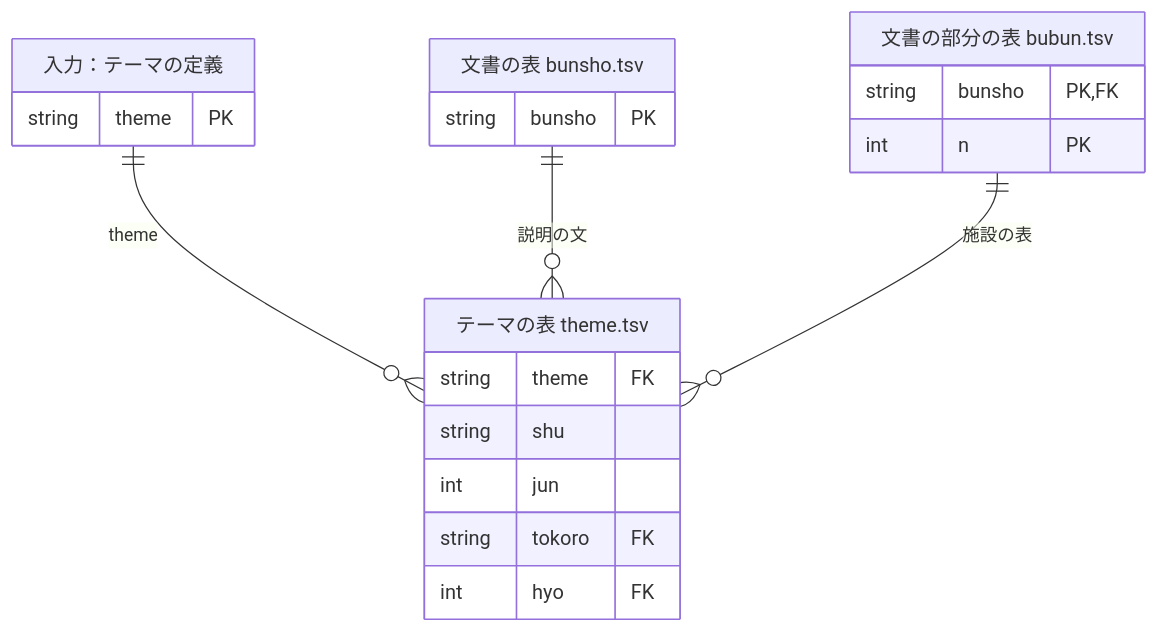
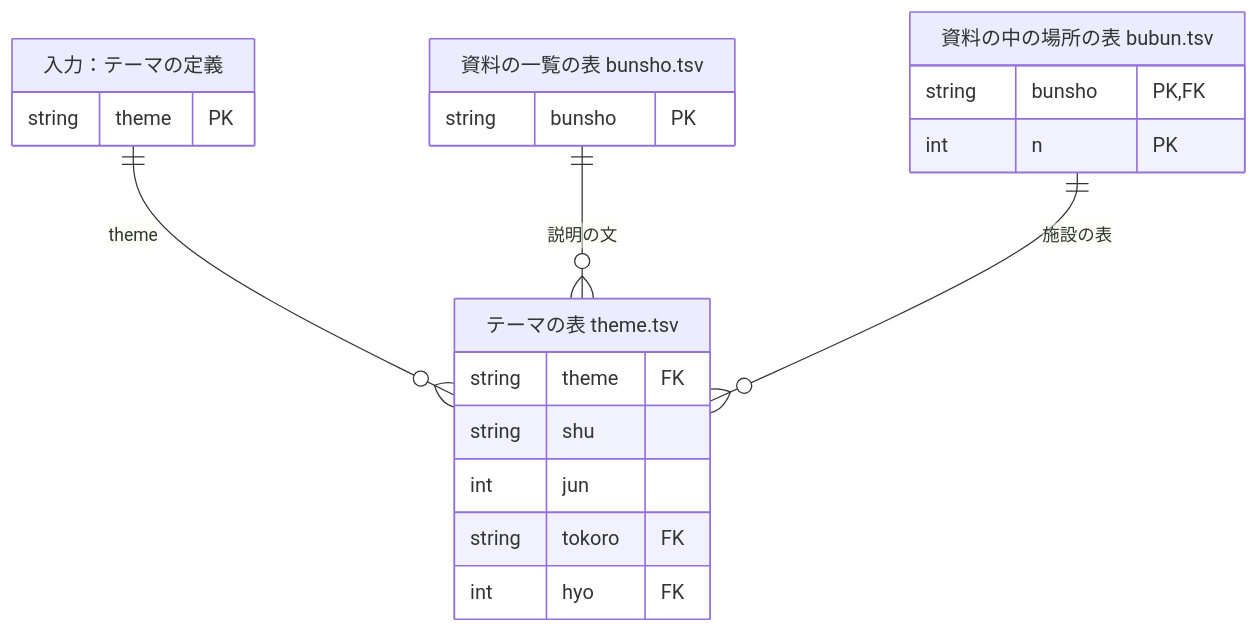
The second of 2 diagrams in SCHEMA.md (kken78/hino-context), drawn with Mermaid before and after one commit. The commit also changed other lines of this file and 8 other files, not shown here.

````diff
--- a/SCHEMA.md
+++ b/SCHEMA.md
@@ -443,23 +443,23 @@
 ```mermaid
 erDiagram
   RONTEN_THEME ||--o{ THEME : "theme"
   BUNSHO ||--o{ THEME : "説明の文"
   BUBUN ||--o{ THEME : "施設の表"
   THEME["テーマの表 theme.tsv"] {
     string theme FK
     string shu
     int jun
     string tokoro FK
     int hyo FK
   }
   RONTEN_THEME["入力：テーマの定義"] {
     string theme PK
   }
-  BUNSHO["文書の表 bunsho.tsv"] {
+  BUNSHO["資料の一覧の表 bunsho.tsv"] {
     string bunsho PK
   }
-  BUBUN["文書の部分の表 bubun.tsv"] {
+  BUBUN["資料の中の場所の表 bubun.tsv"] {
     string bunsho PK, FK
     int n PK
   }
 ```
````
